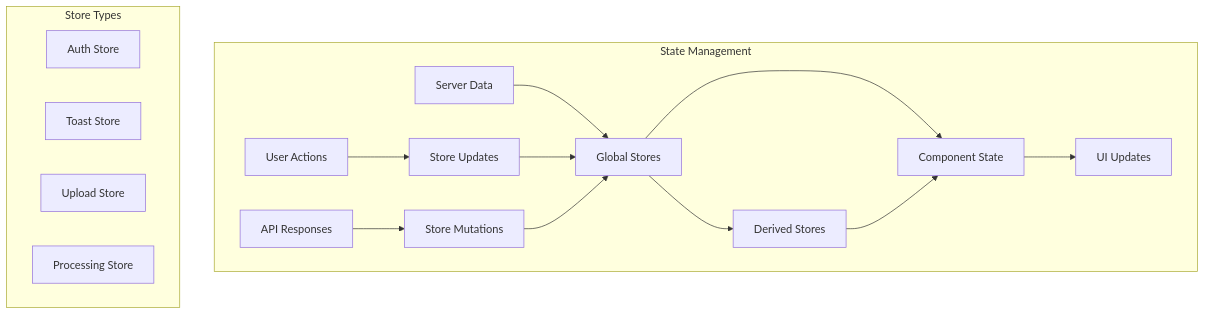
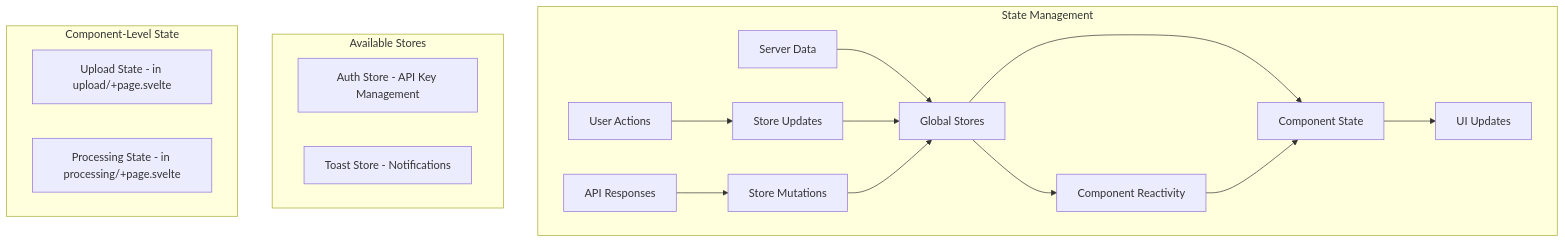
One commit to pranitl/image2model changed the diagram in docs/02-frontend/architecture/state-management.md. Above: the diagram before and after it, drawn with Mermaid. The commit also changed other lines of this file and 2 other files, not shown here.

First line of the commit message:
fix: correct architectural documentation to match actual implementation

````diff
--- a/docs/02-frontend/architecture/state-management.md
+++ b/docs/02-frontend/architecture/state-management.md
@@ -38,24 +38,27 @@
 ```mermaid
 flowchart TD
     subgraph "State Management"
         A[Global Stores] --> B[Component State]
         C[Server Data] --> A
         B --> D[UI Updates]
         
         E[User Actions] --> F[Store Updates]
         F --> A
         
         G[API Responses] --> H[Store Mutations]
         H --> A
         
-        A --> I[Derived Stores]
+        A --> I[Component Reactivity]
         I --> B
     end
     
-    subgraph "Store Types"
-        J[Auth Store]
-        K[Toast Store]
-        L[Upload Store]
-        M[Processing Store]
+    subgraph "Available Stores"
+        J[Auth Store - API Key Management]
+        K[Toast Store - Notifications]
+    end
+    
+    subgraph "Component-Level State"
+        L[Upload State - in upload/+page.svelte]
+        M[Processing State - in processing/+page.svelte]
     end
 ```
````
